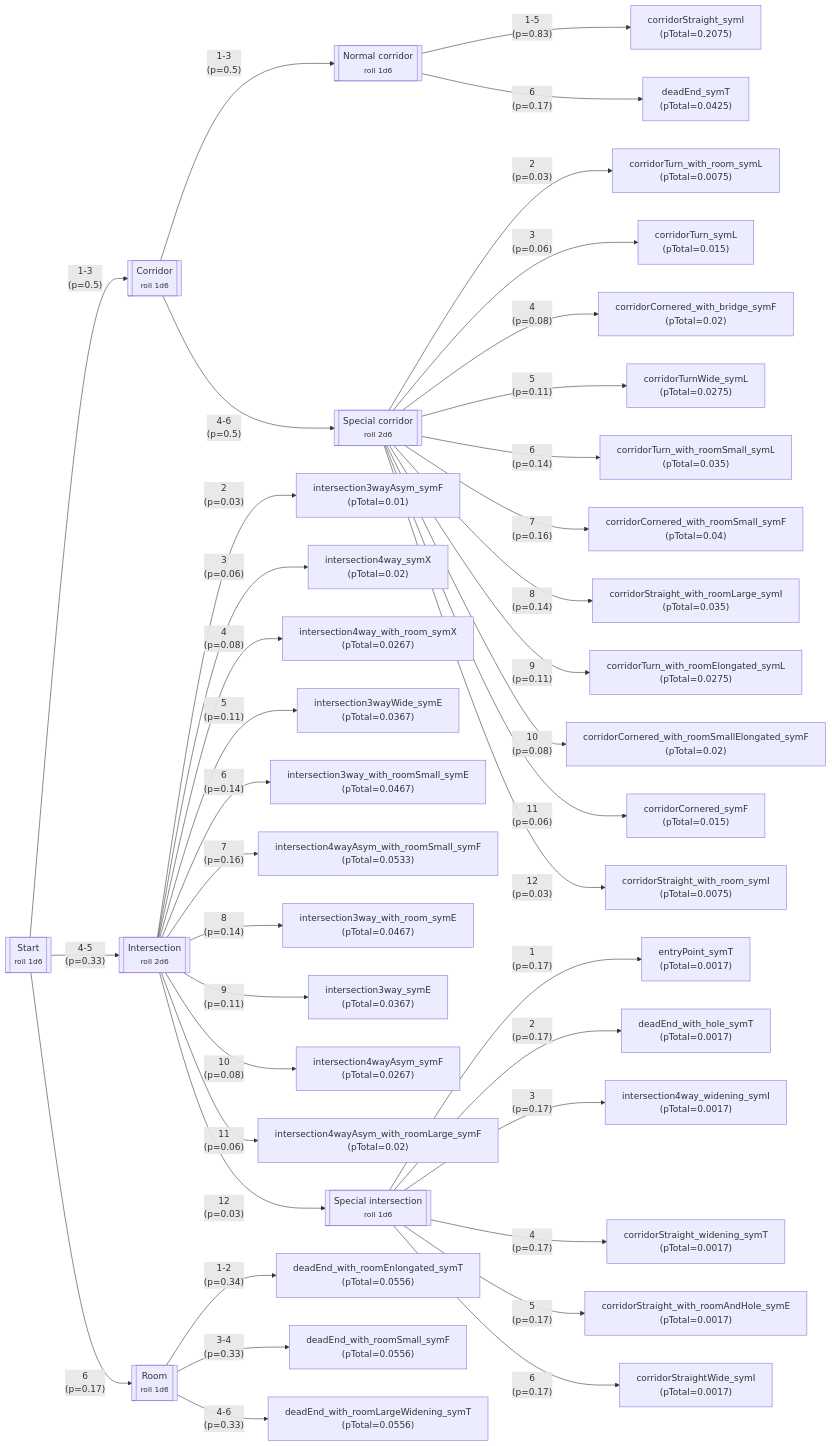
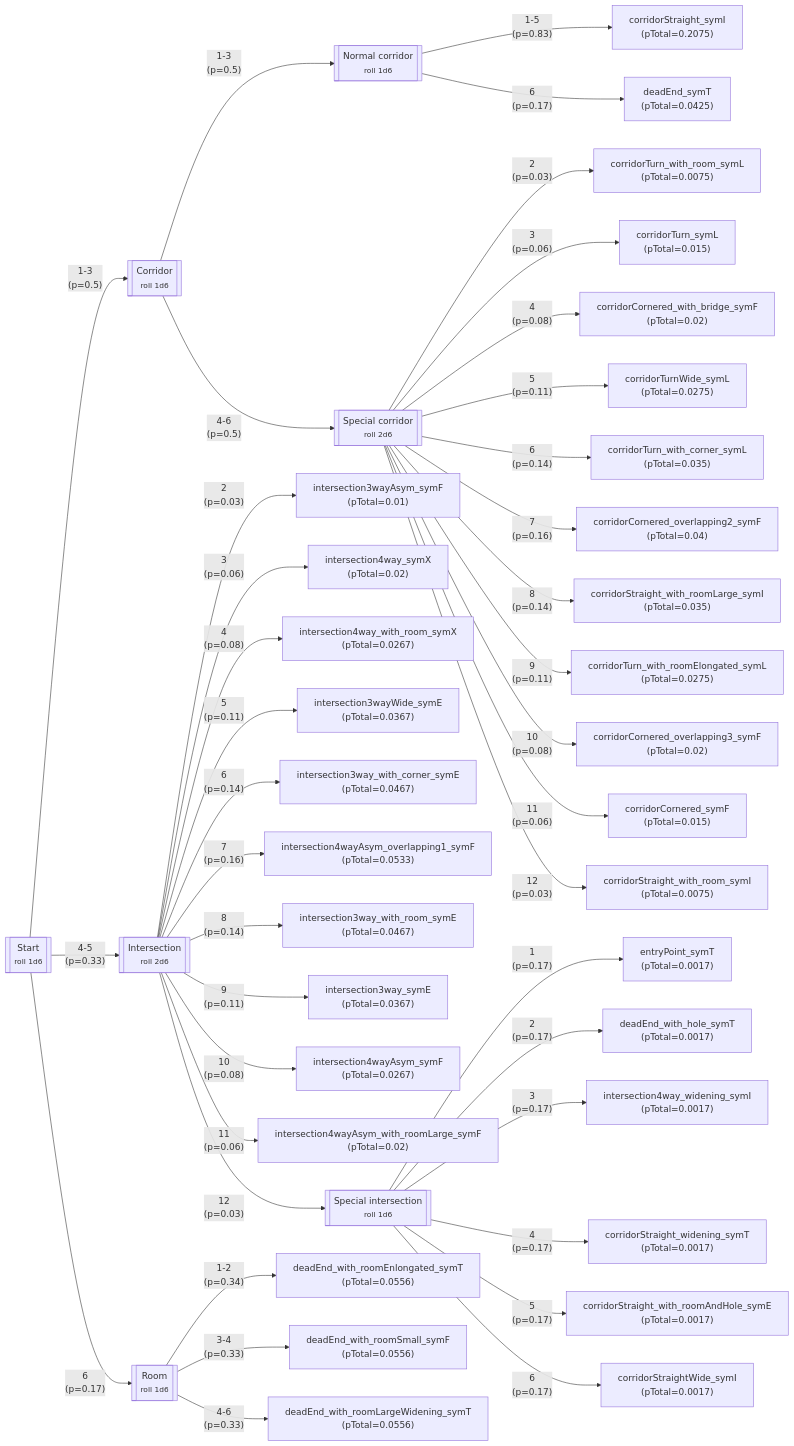
One commit to LordFckHelmchen/wrath-and-glory-space-hulk-generator changed the diagram in src/layouter/de_broglie_layouter/tile_sets/space_hulk_game/docs/SPACE_HULK_GAME_TILE_PROBABILITIES.md. Above: the diagram before and after it, drawn with Mermaid. The commit also changed 11 other files, not shown here.

````diff
--- a/src/layouter/de_broglie_layouter/tile_sets/space_hulk_game/docs/SPACE_HULK_GAME_TILE_PROBABILITIES.md
+++ b/src/layouter/de_broglie_layouter/tile_sets/space_hulk_game/docs/SPACE_HULK_GAME_TILE_PROBABILITIES.md
@@ -1,49 +1,49 @@
 ```mermaid
 flowchart LR
     start[[Start\n<small>roll 1d6</small>]] --"1-3\n(p=0.5)"--> corridor[[Corridor\n<small>roll 1d6</small>]]
 
     corridor --"1-3\n(p=0.5)"--> normalCorridor[[Normal corridor\n<small>roll 1d6</small>]]
     corridor --"4-6\n(p=0.5)"--> specialCorridor[[Special corridor\n<small>roll 2d6</small>]]
 
     normalCorridor --"1-5\n(p=0.83)"--> corridorStraight_symI["corridorStraight_symI\n(pTotal=0.2075)"]
     normalCorridor --"6\n(p=0.17)"--> deadEnd_symT["deadEnd_symT\n(pTotal=0.0425)"]
 
     specialCorridor --"2\n(p=0.03)"--> corridorTurn_with_room_symL["corridorTurn_with_room_symL\n(pTotal=0.0075)"]
     specialCorridor --"3\n(p=0.06)"--> corridorTurn_symL["corridorTurn_symL\n(pTotal=0.015)"]
     specialCorridor --"4\n(p=0.08)"--> corridorCornered_with_bridge_symF["corridorCornered_with_bridge_symF\n(pTotal=0.02)"]
     specialCorridor --"5\n(p=0.11)"--> corridorTurnWide_symL["corridorTurnWide_symL\n(pTotal=0.0275)"]
-    specialCorridor --"6\n(p=0.14)"--> corridorTurn_with_roomSmall_symL["corridorTurn_with_roomSmall_symL\n(pTotal=0.035)"]
-    specialCorridor --"7\n(p=0.16)"--> corridorCornered_with_roomSmall_symF["corridorCornered_with_roomSmall_symF\n(pTotal=0.04)"]
+    specialCorridor --"6\n(p=0.14)"--> corridorTurn_with_corner_symL["corridorTurn_with_corner_symL\n(pTotal=0.035)"]
+    specialCorridor --"7\n(p=0.16)"--> corridorCornered_overlapping2_symF["corridorCornered_overlapping2_symF\n(pTotal=0.04)"]
     specialCorridor --"8\n(p=0.14)"--> corridorStraight_with_roomLarge_symI["corridorStraight_with_roomLarge_symI\n(pTotal=0.035)"]
     specialCorridor --"9\n(p=0.11)"--> corridorTurn_with_roomElongated_symL["corridorTurn_with_roomElongated_symL\n(pTotal=0.0275)"]
-    specialCorridor --"10\n(p=0.08)"--> corridorCornered_with_roomSmallElongated_symF["corridorCornered_with_roomSmallElongated_symF\n(pTotal=0.02)"]
+    specialCorridor --"10\n(p=0.08)"--> corridorCornered_overlapping3_symF["corridorCornered_overlapping3_symF\n(pTotal=0.02)"]
     specialCorridor --"11\n(p=0.06)" --> corridorCornered_symF["corridorCornered_symF\n(pTotal=0.015)"]
     specialCorridor --"12\n(p=0.03)"--> corridorStraight_with_room_symI["corridorStraight_with_room_symI\n(pTotal=0.0075)"]
 
     start --"4-5\n(p=0.33)"--> intersection[[Intersection\n<small>roll 2d6</small>]]
 
     intersection --"2\n(p=0.03)"--> intersection3wayAsym_symF["intersection3wayAsym_symF\n(pTotal=0.01)"]
     intersection --"3\n(p=0.06)"--> intersection4way_symX["intersection4way_symX\n(pTotal=0.02)"]
     intersection --"4\n(p=0.08)"--> intersection4way_with_room_symX["intersection4way_with_room_symX\n(pTotal=0.0267)"]
     intersection --"5\n(p=0.11)"--> intersection3wayWide_symE["intersection3wayWide_symE\n(pTotal=0.0367)"]
-    intersection --"6\n(p=0.14)"--> intersection3way_with_roomSmall_symE["intersection3way_with_roomSmall_symE\n(pTotal=0.0467)"]
-    intersection --"7\n(p=0.16)"--> intersection4wayAsym_with_roomSmall_symF["intersection4wayAsym_with_roomSmall_symF\n(pTotal=0.0533)"]
+    intersection --"6\n(p=0.14)"--> intersection3way_with_corner_symE["intersection3way_with_corner_symE\n(pTotal=0.0467)"]
+    intersection --"7\n(p=0.16)"--> intersection4wayAsym_overlapping1_symF["intersection4wayAsym_overlapping1_symF\n(pTotal=0.0533)"]
     intersection --"8\n(p=0.14)"--> intersection3way_with_room_symE["intersection3way_with_room_symE\n(pTotal=0.0467)"]
     intersection --"9\n(p=0.11)"--> intersection3way_symE["intersection3way_symE\n(pTotal=0.0367)"]
     intersection --"10\n(p=0.08)"--> intersection4wayAsym_symF["intersection4wayAsym_symF\n(pTotal=0.0267)"]
     intersection --"11\n(p=0.06)"--> intersection4wayAsym_with_roomLarge_symF["intersection4wayAsym_with_roomLarge_symF\n(pTotal=0.02)"]
     intersection --"12\n(p=0.03)"--> specialIntersection[[Special intersection\n<small>roll 1d6</small>]]
 
     specialIntersection --"1\n(p=0.17)"--> entryPoint_symT["entryPoint_symT\n(pTotal=0.0017)"]
     specialIntersection --"2\n(p=0.17)"--> deadEnd_with_hole_symT["deadEnd_with_hole_symT\n(pTotal=0.0017)"]
     specialIntersection --"3\n(p=0.17)"--> intersection4way_widening_symI["intersection4way_widening_symI\n(pTotal=0.0017)"]
     specialIntersection --"4\n(p=0.17)"--> corridorStraight_widening_symT["corridorStraight_widening_symT\n(pTotal=0.0017)"]
     specialIntersection --"5\n(p=0.17)"--> corridorStraight_with_roomAndHole_symE["corridorStraight_with_roomAndHole_symE\n(pTotal=0.0017)"]
     specialIntersection --"6\n(p=0.17)"--> corridorStraightWide_symI["corridorStraightWide_symI\n(pTotal=0.0017)"]
 
     start --"6\n(p=0.17)"--> room[[Room\n<small>roll 1d6</small>]]
 
     room --"1-2\n(p=0.34)"--> deadEnd_with_roomEnlongated_symT["deadEnd_with_roomEnlongated_symT\n(pTotal=0.0556)"]
     room --"3-4\n(p=0.33)"--> deadEnd_with_roomSmall_symF["deadEnd_with_roomSmall_symF\n(pTotal=0.0556)"]
     room --"4-6\n(p=0.33)"--> deadEnd_with_roomLargeWidening_symT["deadEnd_with_roomLargeWidening_symT\n(pTotal=0.0556)"]
 ```
````
